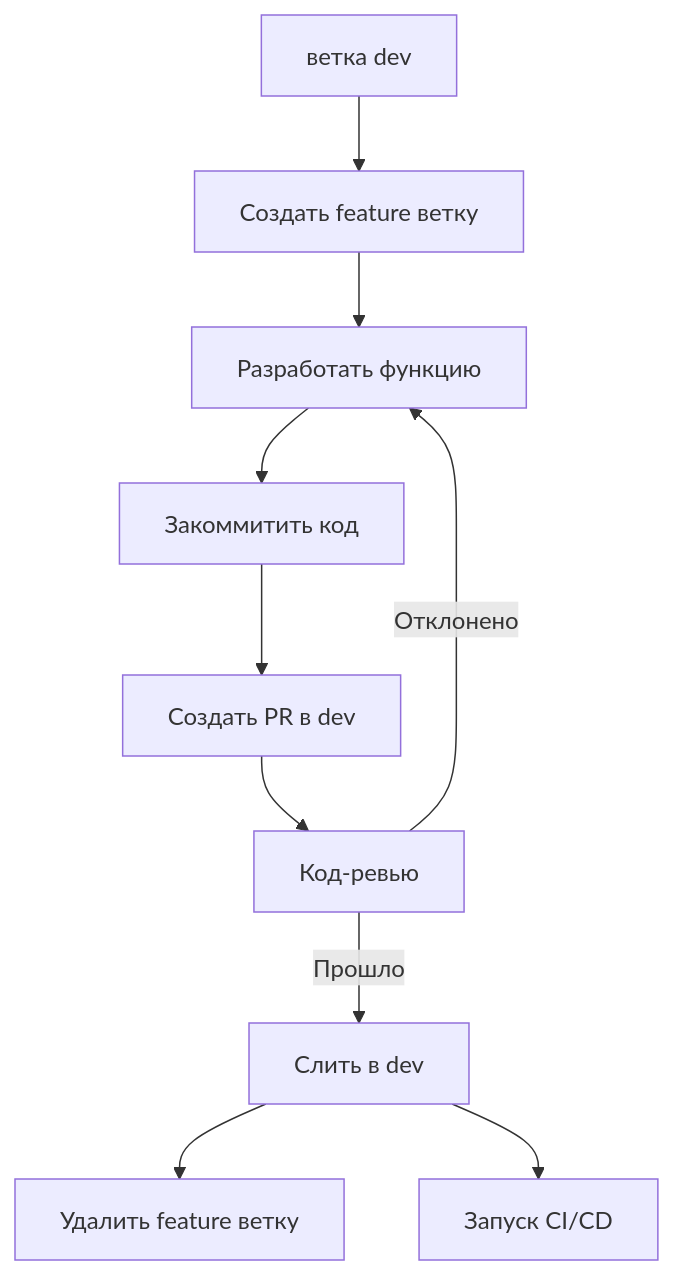
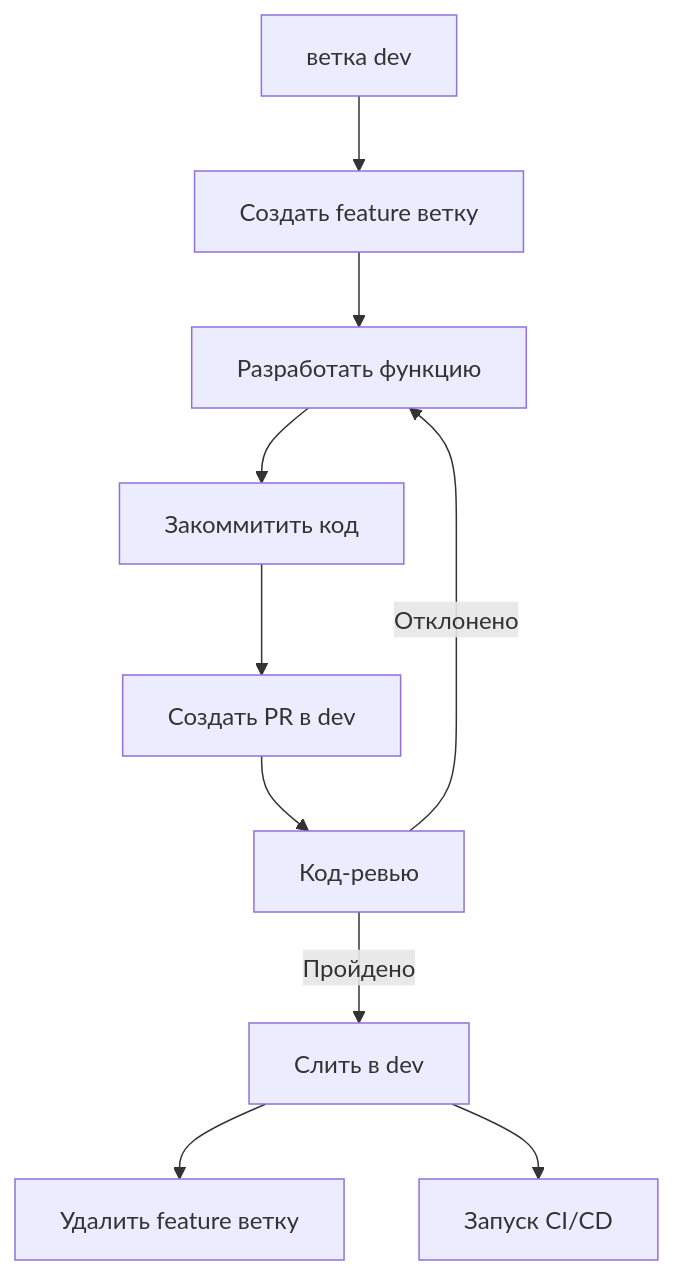
The first of 3 diagrams in docs/src/ru/dev/branch-maintenance-guide.md (ChenXu233/YaoXiang), drawn with Mermaid before and after one commit. The commit also changed other lines of this file and 163 other files, not shown here.

````diff
--- a/docs/src/ru/dev/branch-maintenance-guide.md
+++ b/docs/src/ru/dev/branch-maintenance-guide.md
@@ -153,12 +152,12 @@
 ```mermaid
 graph TD
     A[ветка dev] --> B[Создать feature ветку]
     B --> C[Разработать функцию]
     C --> D[Закоммитить код]
     D --> E[Создать PR в dev]
     E --> F[Код-ревью]
-    F -->|Прошло| G[Слить в dev]
+    F -->|Пройдено| G[Слить в dev]
     F -->|Отклонено| C
     G --> H[Удалить feature ветку]
     G --> I[Запуск CI/CD]
 ```
````
